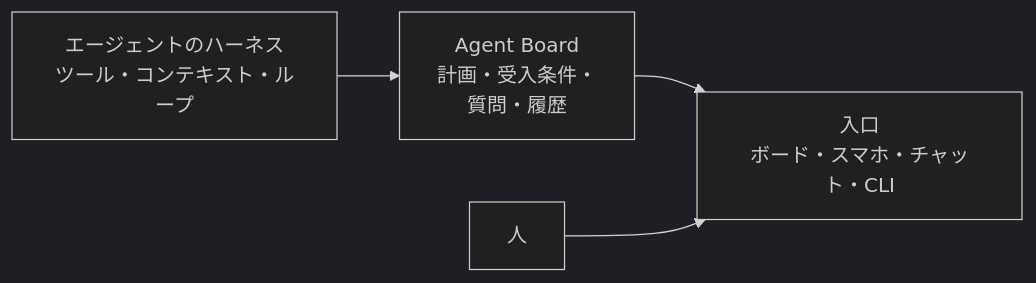
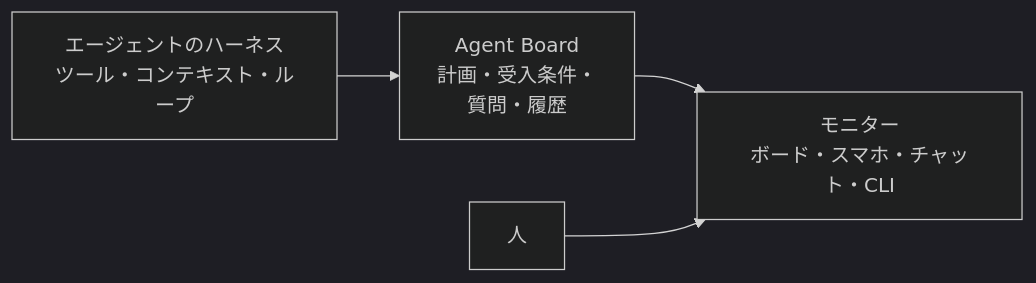
Before and after one commit to FooQoo/agent-board: the first of 6 diagrams in docs/ja/dev/concepts/overview.md, drawn with Mermaid (dark theme). The commit also changed other lines of this file and 99 other files, not shown here.

````diff
--- a/docs/ja/dev/concepts/overview.md
+++ b/docs/ja/dev/concepts/overview.md
@@ -11,6 +11,6 @@
 ```mermaid
 flowchart LR
     Agent["エージェントのハーネス<br/>ツール・コンテキスト・ループ"] --> Work["Agent Board<br/>計画・受入条件・<br/>質問・履歴"]
-    Work --> Windows["入口<br/>ボード・スマホ・チャット・CLI"]
-    Person["人"] --> Windows
+    Work --> Monitors["モニター<br/>ボード・スマホ・チャット・CLI"]
+    Person["人"] --> Monitors
 ```
````
